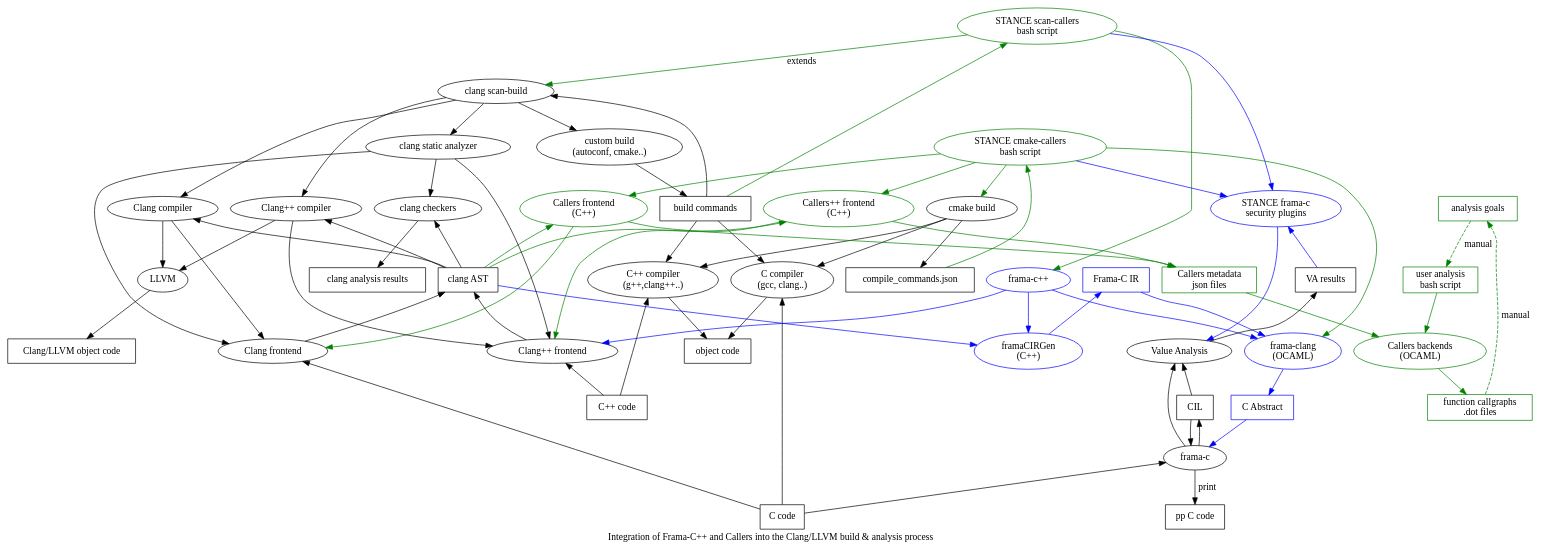
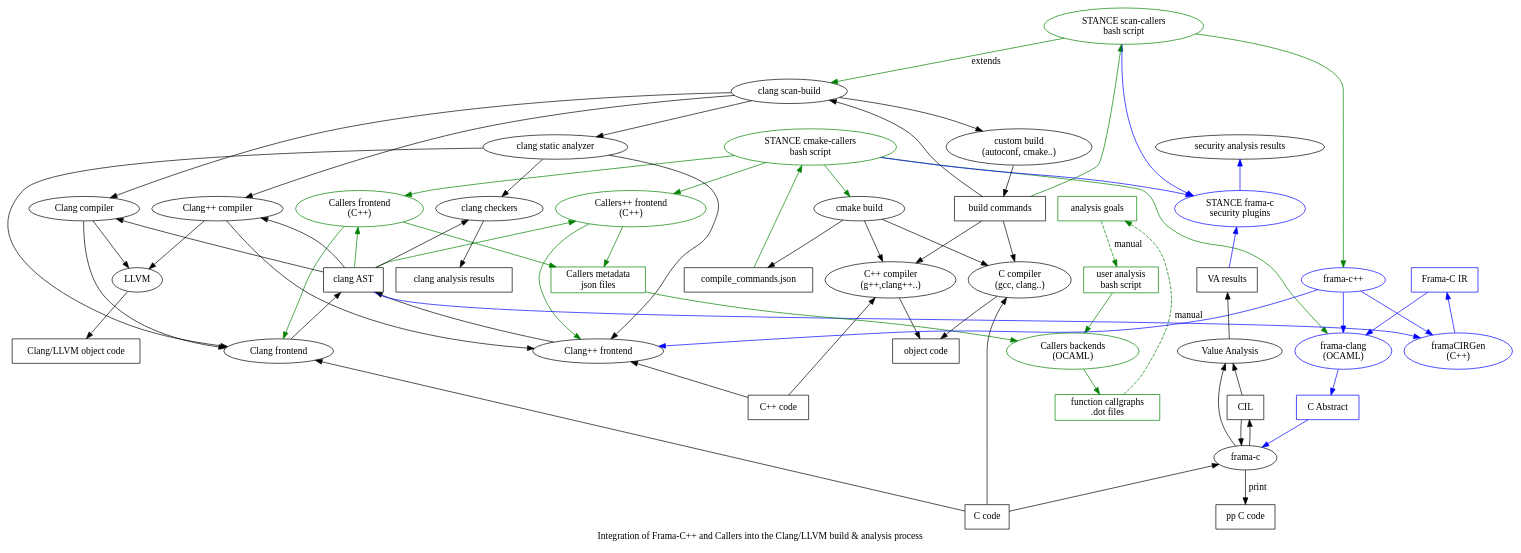
One commit to hbalp/callers changed the first of 9 diagrams in doc/callers.org. Above: the diagram before and after it, drawn with Graphviz. The commit also changed other lines of this file, not shown here.

Commit message:
Cleaned some dot graph definitions and completed Frama-C security analysis big picture.

```diff
--- a/doc/callers.org
+++ b/doc/callers.org
@@ -199,8 +199,8 @@
 "scan-callers" -> "fc security plugins" [ color="blue" ]
 "cmake-callers" -> "fc security plugins" [ color="blue" ]
 "fc security plugins" [ label="STANCE frama-c\nsecurity plugins", color=blue ]
-"fc security plugins" -> "VA" [ color=blue ]
 "fc security plugins" -> "VA results" [ dir=back, color=blue ]
+"security analysis results" -> "fc security plugins" [ dir=back, color=blue ]
 
 // frama-c value analysis
 "VA results" [ shape=box ]
```
